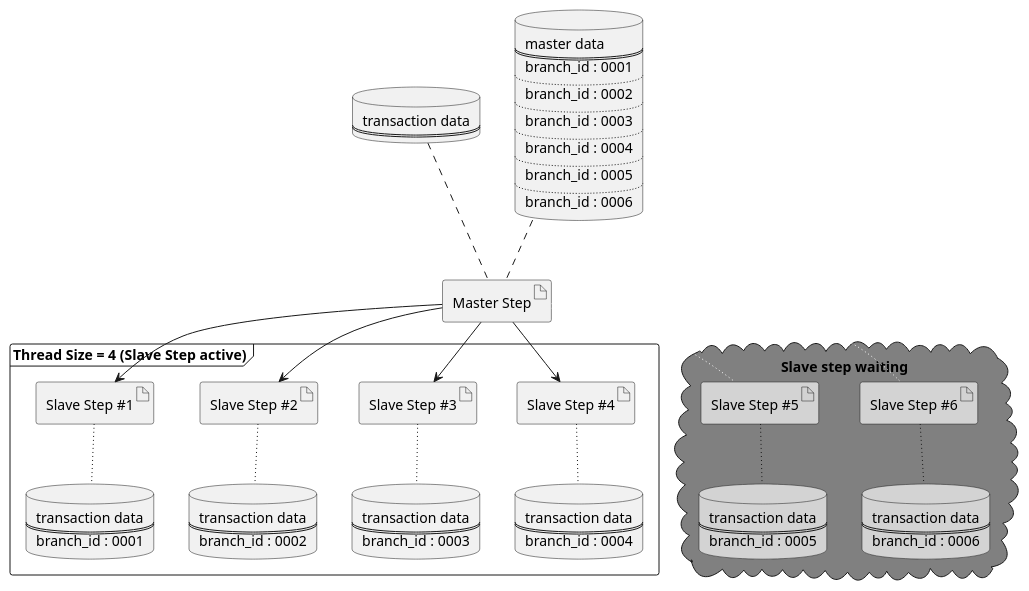
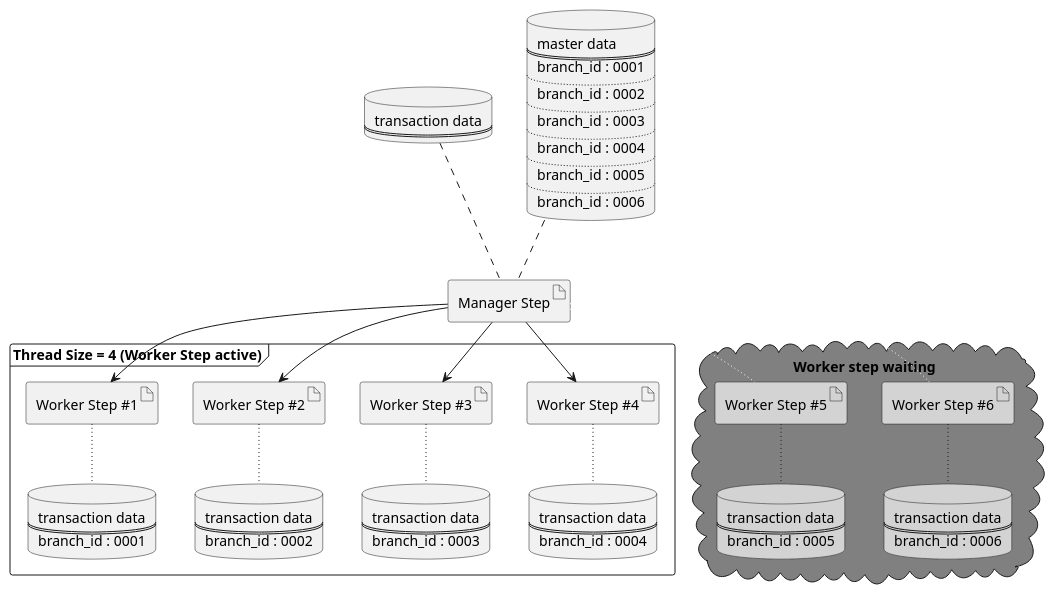
One commit to Macchinetta/batch-guideline changed the diagram in src/main/asciidoc/images/ch08/ParallelAndMultiple/Ch08_ParallelAndMultiple_Partitioing_variable.pu. Above: the diagram before and after it, drawn with PlantUML. The commit also changed 125 other files, not shown here.

```diff
--- a/src/main/asciidoc/images/ch08/ParallelAndMultiple/Ch08_ParallelAndMultiple_Partitioing_variable.pu
+++ b/src/main/asciidoc/images/ch08/ParallelAndMultiple/Ch08_ParallelAndMultiple_Partitioing_variable.pu
@@ -1,130 +1,130 @@
 @startuml
 
-artifact "Master Step" as master
+artifact "Manager Step" as manager
 database dbm [
 master data
 ====
 branch_id : 0001
 ....
 branch_id : 0002
 ....
 branch_id : 0003
 ....
 branch_id : 0004
 ....
 branch_id : 0005
 ....
 branch_id : 0006
 ]
 
 database db0 [
 transaction data
 ====
 ]
 
-frame "Thread Size = 4 (Slave Step active)" {
-  artifact "Slave Step #4" as slave4
-  artifact "Slave Step #3" as slave3
-  artifact "Slave Step #2" as slave2
-  artifact "Slave Step #1" as slave1
+frame "Thread Size = 4 (Worker Step active)" {
+  artifact "Worker Step #4" as worker4
+  artifact "Worker Step #3" as worker3
+  artifact "Worker Step #2" as worker2
+  artifact "Worker Step #1" as worker1
 
 database db1 [
 transaction data
 ====
 branch_id : 0001
 ]
 
 database db2 [
 transaction data
 ====
 branch_id : 0002
 ]
 
 database db3 [
 transaction data
 ====
 branch_id : 0003
 ]
 
 database db4 [
 transaction data
 ====
 branch_id : 0004
 ]
 
 }
 
-cloud  "Slave step waiting" #gray {
-  artifact "Slave Step #6" as slave6 #lightgray
-  artifact "Slave Step #5" as slave5 #lightgray
+cloud  "Worker step waiting" #gray {
+  artifact "Worker Step #6" as worker6 #lightgray
+  artifact "Worker Step #5" as worker5 #lightgray
   database db5  #lightgray [
   transaction data
   ====
   branch_id : 0005
   ]
   database db6  #lightgray [
   transaction data
   ====
   branch_id : 0006
   ]
 
 }
 
-master .up. dbm
-master .up. db0
+manager .up. dbm
+manager .up. db0
 
-master -down-> slave1
-master -down-> slave2
-master -down-> slave3
-master -down-> slave4
+manager -down-> worker1
+manager -down-> worker2
+manager -down-> worker3
+manager -down-> worker4
 
-master ~down~ slave5 #white
-master ~down~ slave6 #white
+manager ~down~ worker5 #white
+manager ~down~ worker6 #white
 
-slave1 ~down~ db1
-slave2 ~down~ db2
-slave3 ~down~ db3
-slave4 ~down~ db4
+worker1 ~down~ db1
+worker2 ~down~ db2
+worker3 ~down~ db3
+worker4 ~down~ db4
 
-slave5 ~down~ db5
-slave6 ~down~ db6
+worker5 ~down~ db5
+worker6 ~down~ db6
 
 
 'Set styles such as format and color of each figure
 skinparam Note {
   BackgroundColor #b1f8fa
   BorderColor black
 }
 
 skinparam Class {
   BorderColor black
   ArrowColor black
 }
 
 skinparam Activity {
   BorderColor black
   ArrowColor black
 }
 
 skinparam Sequence {
   BorderColor black
   ActorBorderColor black
   ArrowColor black
   LifeLineBorderColor black
   BoxLineColor black
   ParticipantBorderColor black
 }
 
 skinparam componentStyle uml2
 
 skinparam Component {
   BorderColor black
   ArrowColor black
 }
 
 skinparam Interface {
   BorderColor black
   ArrowColor black
 }
 
 @enduml
```
